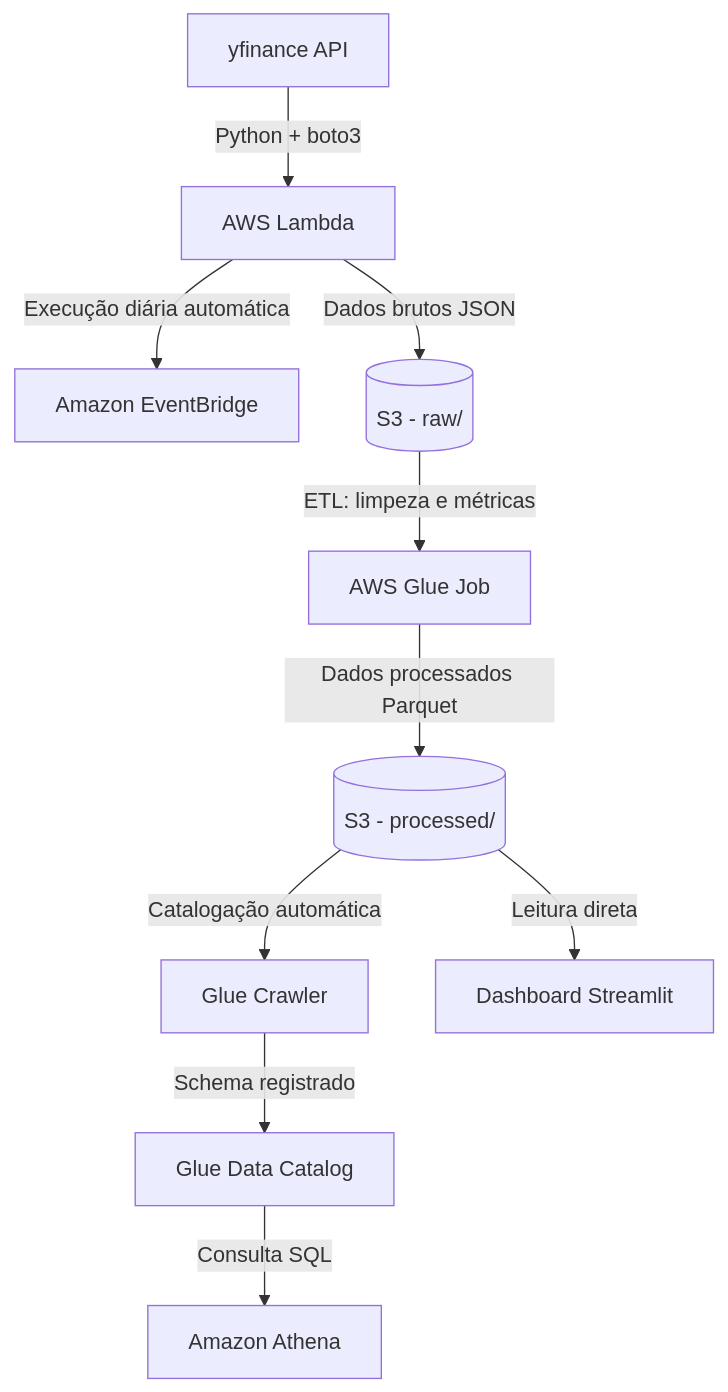
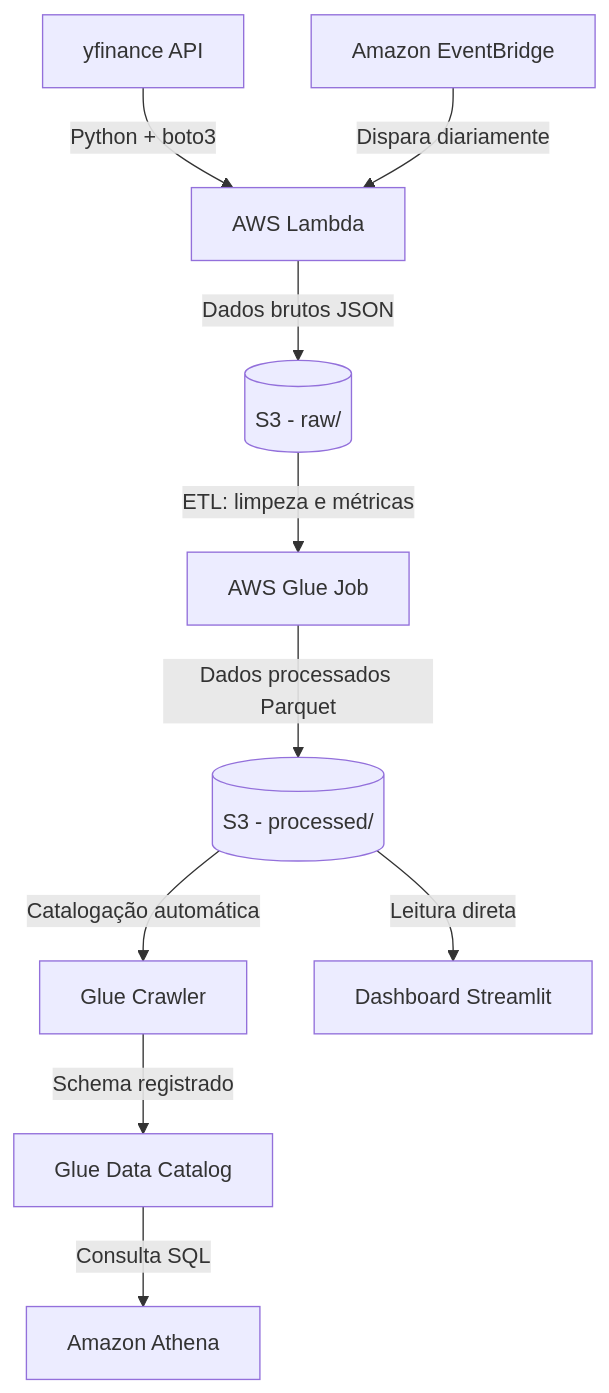
The diagram in README.md (arthurbigal/pipeline-financeiro-aws), drawn with Mermaid before and after one commit. The commit also changed other lines of this file, not shown here.

Commit message:
fix: corrige direcao da seta EventBridge -> Lambda no diagrama

````diff
--- a/README.md
+++ b/README.md
@@ -7,12 +7,12 @@
 ```mermaid
 flowchart TD
     A[yfinance API] -->|Python + boto3| B[AWS Lambda]
-    B -->|Execução diária automática| C[Amazon EventBridge]
+    C[Amazon EventBridge] -->|Dispara diariamente| B
     B -->|Dados brutos JSON| D[(S3 - raw/)]
     D -->|ETL: limpeza e métricas| E[AWS Glue Job]
     E -->|Dados processados Parquet| F[(S3 - processed/)]
     F -->|Catalogação automática| G[Glue Crawler]
     G -->|Schema registrado| H[Glue Data Catalog]
     H -->|Consulta SQL| I[Amazon Athena]
     F -->|Leitura direta| J[Dashboard Streamlit]
 ```
````
